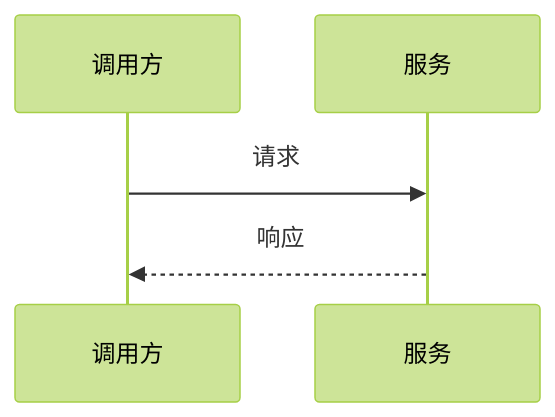
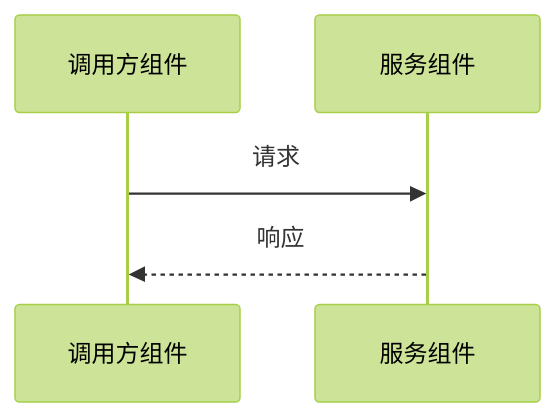
One commit to newbeans1118/virtual-team changed the diagram in templates/INTERFACE.md. Above: the diagram before and after it, drawn with Mermaid (forest theme). The commit also changed other lines of this file and 35 other files, not shown here.

````diff
--- a/templates/INTERFACE.md
+++ b/templates/INTERFACE.md
@@ -74,7 +33,7 @@
 ```mermaid
 sequenceDiagram
-  participant C as 调用方
-  participant S as 服务
+  participant C as 调用方组件
+  participant S as 服务组件
   C->>S: 请求
   S-->>C: 响应
 ```
````
